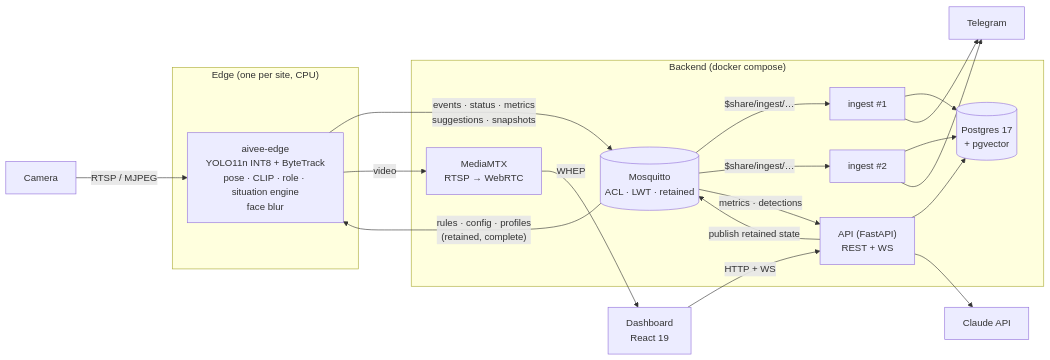
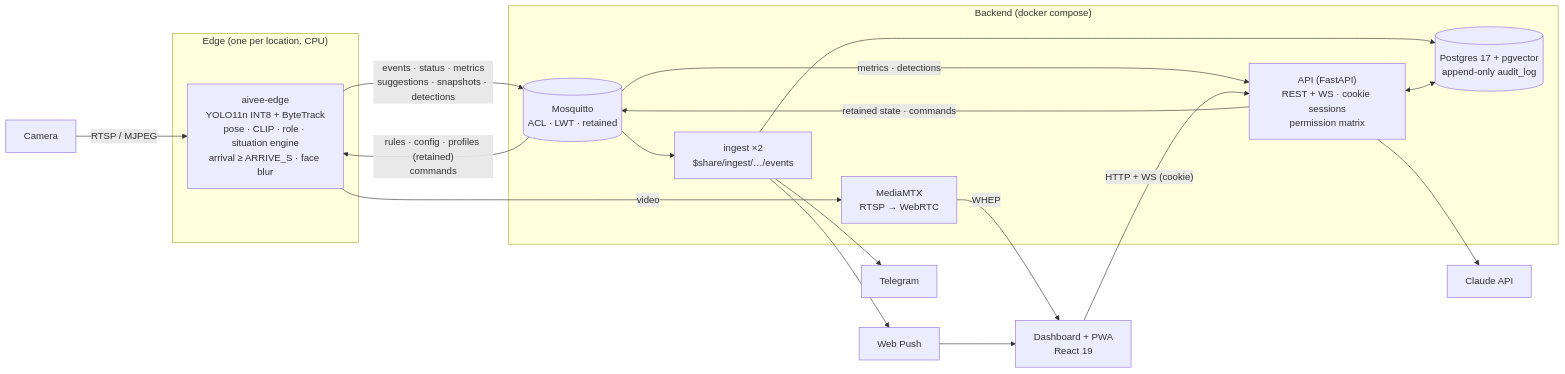
Before and after one commit to mariusbuharu-gsd/aivee: the second of 6 diagrams in docs/architecture.md, drawn with Mermaid. The commit also changed other lines of this file and 9 other files, not shown here.

First line of the commit message:
docs: refresh README, architecture, handbooks; add ADRs 0007–0010 and demo script (#27)

````diff
--- a/docs/architecture.md
+++ b/docs/architecture.md
@@ -31,33 +35,34 @@
 ```mermaid
 flowchart LR
     cam["Camera"] -- RTSP / MJPEG --> edge
 
-    subgraph site["Edge (one per site, CPU)"]
-        edge["aivee-edge<br/>YOLO11n INT8 + ByteTrack<br/>pose · CLIP · role · situation engine<br/>face blur"]
+    subgraph site["Edge (one per location, CPU)"]
+        edge["aivee-edge<br/>YOLO11n INT8 + ByteTrack<br/>pose · CLIP · role · situation engine<br/>arrival ≥ ARRIVE_S · face blur"]
     end
 
     subgraph backend["Backend (docker compose)"]
         mq[("Mosquitto<br/>ACL · LWT · retained")]
-        ing1["ingest #1"]
-        ing2["ingest #2"]
-        pg[("Postgres 17<br/>+ pgvector")]
-        api["API (FastAPI)<br/>REST + WS"]
+        ing["ingest ×2<br/>$share/ingest/…/events"]
+        pg[("Postgres 17 + pgvector<br/>append-only audit_log")]
+        api["API (FastAPI)<br/>REST + WS · cookie sessions<br/>permission matrix"]
         mtx["MediaMTX<br/>RTSP → WebRTC"]
     end
 
-    dash["Dashboard<br/>React 19"]
+    dash["Dashboard + PWA<br/>React 19"]
     claude["Claude API"]
     tg["Telegram"]
+    wp["Web Push"]
 
-    edge -- "events · status · metrics<br/>suggestions · snapshots" --> mq
-    mq -- "rules · config · profiles<br/>(retained, complete)" --> edge
-    mq -- "$share/ingest/…" --> ing1 & ing2
-    ing1 & ing2 --> pg
-    ing1 & ing2 --> tg
-    api --> pg
-    api -- publish retained state --> mq
-    mq -- metrics · detections --> api
+    edge -- "events · status · metrics<br/>suggestions · snapshots · detections" --> mq
+    mq -- "rules · config · profiles (retained)<br/>commands" --> edge
+    mq --> ing
+    ing --> pg
+    ing --> tg & wp
+    api <--> pg
+    api -- "retained state · commands" --> mq
+    mq -- "metrics · detections" --> api
     api --> claude
-    dash -- HTTP + WS --> api
+    dash -- "HTTP + WS (cookie)" --> api
     edge -- video --> mtx -- WHEP --> dash
+    wp --> dash
 ```
````
